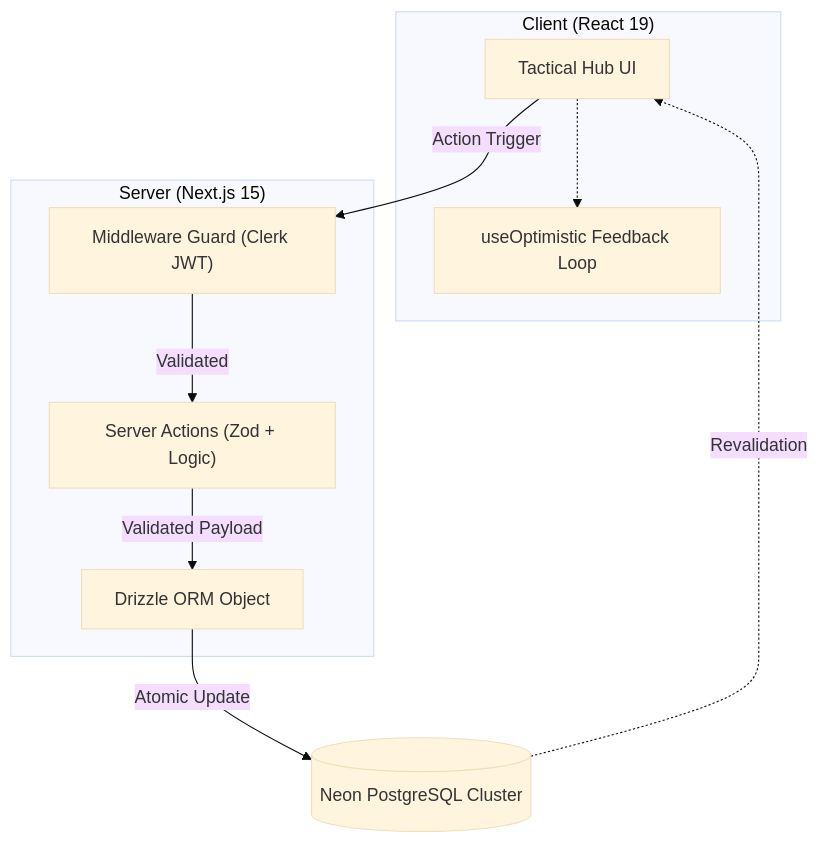
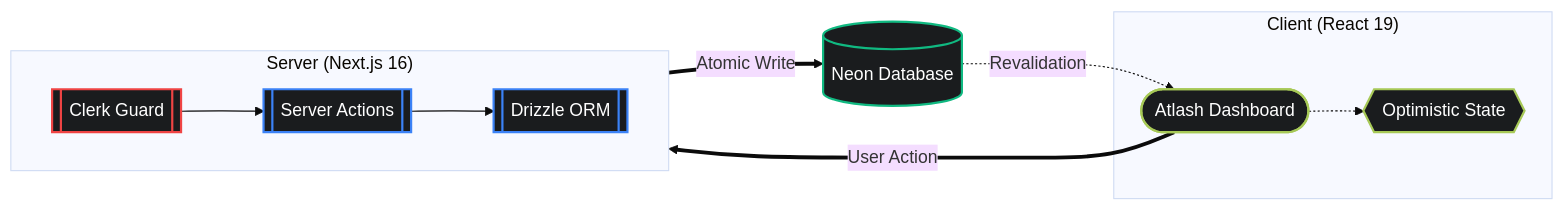
One commit to ABDUL-RAHMAN-9/ShipIt-The-Product-Launchpad changed the second of 2 diagrams in README.md. Above: the diagram before and after it, drawn with Mermaid (base theme). The commit also changed other lines of this file, not shown here.

Commit message:
docs: standardize architecture diagram terminology for professional clarity

````diff
--- a/README.md
+++ b/README.md
@@ -83,22 +84,35 @@
 ```mermaid
-flowchart TD
-  subgraph Client ["Client (React 19)"]
-    UI["Tactical Hub UI"]
-    Optimistic["useOptimistic Feedback Loop"]
-  end
+flowchart LR
+    %% Styling Definitions
+    classDef frontend fill:#1a1c1e,stroke:#a7c957,stroke-width:2px,color:#fff
+    classDef security fill:#1a1c1e,stroke:#ef4444,stroke-width:2px,color:#fff
+    classDef logic fill:#1a1c1e,stroke:#3b82f6,stroke-width:2px,color:#fff
+    classDef database fill:#1a1c1e,stroke:#10b981,stroke-width:2px,color:#fff
 
-  subgraph Server ["Server (Next.js 15)"]
-    Auth["Middleware Guard (Clerk JWT)"]
-    Actions["Server Actions (Zod + Logic)"]
-    ORM["Drizzle ORM Object"]
-  end
+    %% Frontend Layer
+    subgraph Client ["Client (React 19)"]
+        UI(["Atlash Dashboard"]):::frontend
+        Feedback{{"Optimistic State"}}:::frontend
+    end
 
-  DB[("Neon PostgreSQL Cluster")]
+    %% Backend Layer
+    subgraph Server ["Server (Next.js 16)"]
+        direction LR
+        Auth[["Clerk Guard"]]:::security
+        Actions[["Server Actions"]]:::logic
+        ORM[["Drizzle ORM"]]:::logic
+    end
 
-  UI -->|Action Trigger| Auth
-  Auth -->|Validated| Actions
-  Actions -->|Validated Payload| ORM
-  ORM -->|Atomic Update| DB
-  DB -.->|Revalidation| UI
-  UI -.-> Optimistic
+    %% Database
+    DB[("Neon Database")]:::database
+
+    %% Flow Connections
+    UI ==>|User Action| Auth
+    Auth --> Actions
+    Actions --> ORM
+    ORM ==>|Atomic Write| DB
+    
+    %% Feedback Loop
+    DB -.->|Revalidation| UI
+    UI -.-> Feedback
 ```
````
